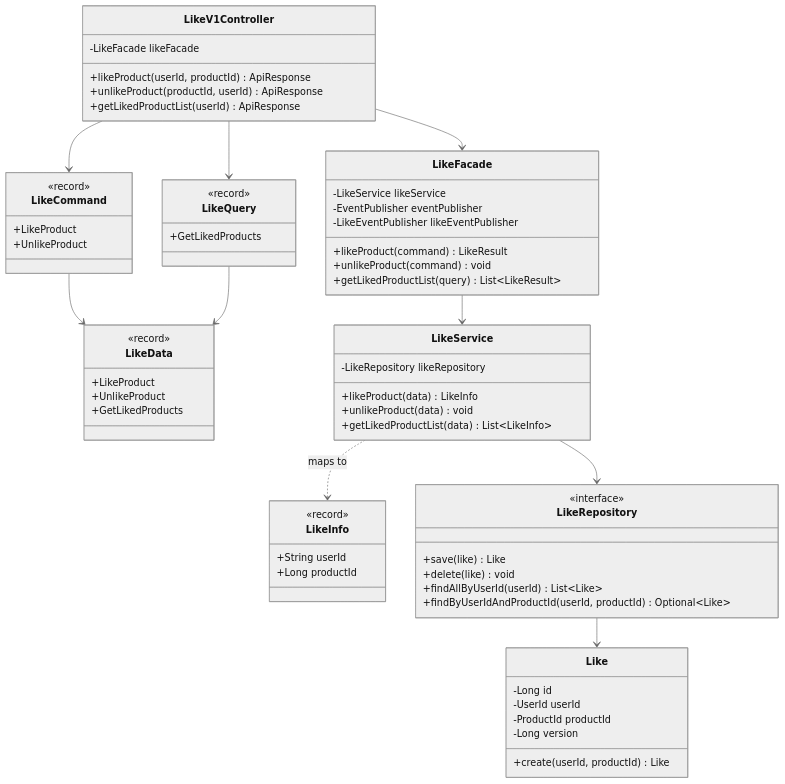
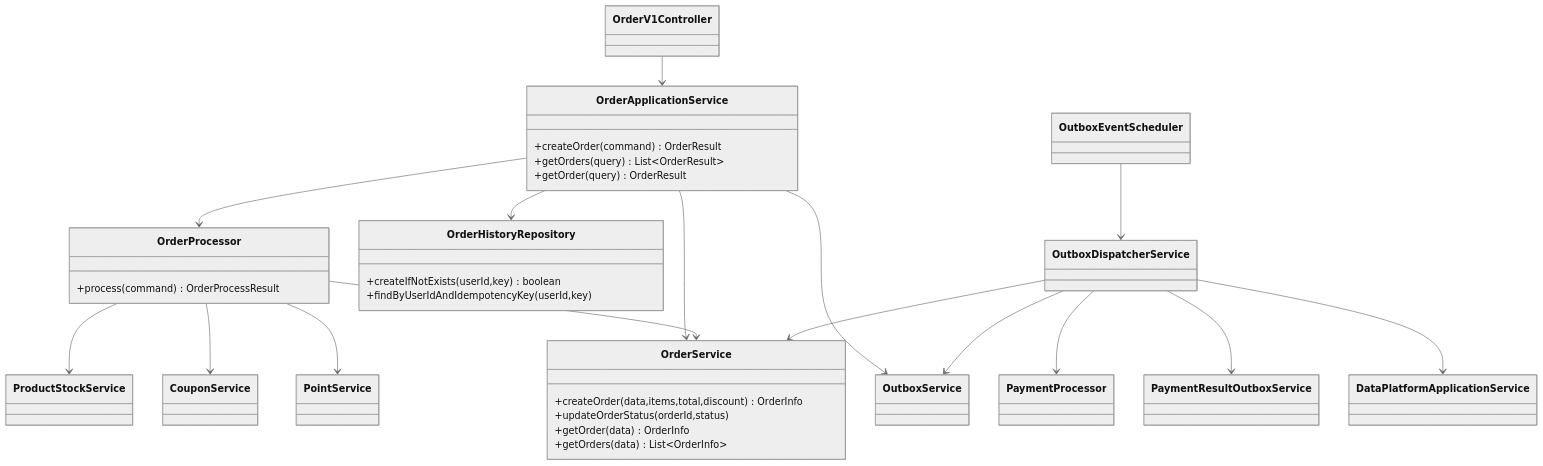
One commit to yht0827/my-commerce changed the fourth of 6 diagrams in docs/03-class-diagrams.md. Above: the diagram before and after it, drawn with Mermaid (neutral theme). The commit also changed other lines of this file and 258 other files, not shown here.

````diff
--- a/docs/03-class-diagrams.md
+++ b/docs/03-class-diagrams.md
@@ -304,75 +149,45 @@
 ```mermaid
 classDiagram
-    class LikeV1Controller {
-        -LikeFacade likeFacade
-        +likeProduct(userId, productId) ApiResponse
-        +unlikeProduct(productId, userId) ApiResponse
-        +getLikedProductList(userId) ApiResponse
+    direction TB
+
+    class OrderV1Controller
+    class OrderApplicationService {
+        +createOrder(command) OrderResult
+        +getOrders(query) List~OrderResult~
+        +getOrder(query) OrderResult
     }
+    class OrderProcessor {
+        +process(command) OrderProcessResult
+    }
+    class OrderService {
+        +createOrder(data,items,total,discount) OrderInfo
+        +updateOrderStatus(orderId,status)
+        +getOrder(data) OrderInfo
+        +getOrders(data) List~OrderInfo~
+    }
+    class OrderHistoryRepository {
+        +createIfNotExists(userId,key) boolean
+        +findByUserIdAndIdempotencyKey(userId,key)
+    }
+    class OutboxService
+    class OutboxDispatcherService
+    class OutboxEventScheduler
 
-    class LikeFacade {
-        -LikeService likeService
-        -EventPublisher eventPublisher
-        -LikeEventPublisher likeEventPublisher
-        +likeProduct(command) LikeResult
-        +unlikeProduct(command) void
-        +getLikedProductList(query) List~LikeResult~
-    }
+    OrderV1Controller --> OrderApplicationService
+    OrderApplicationService --> OrderHistoryRepository
+    OrderApplicationService --> OrderProcessor
+    OrderApplicationService --> OrderService
+    OrderApplicationService --> OutboxService
 
-    class LikeCommand {
-        <<record>>
-        +LikeProduct
-        +UnlikeProduct
-    }
+    OrderProcessor --> ProductStockService
+    OrderProcessor --> CouponService
+    OrderProcessor --> PointService
+    OrderProcessor --> OrderService
 
-    class LikeQuery {
-        <<record>>
-        +GetLikedProducts
-    }
-
-    class LikeData {
-        <<record>>
-        +LikeProduct
-        +UnlikeProduct
-        +GetLikedProducts
-    }
-
-    class LikeService {
-        -LikeRepository likeRepository
-        +likeProduct(data) LikeInfo
-        +unlikeProduct(data) void
-        +getLikedProductList(data) List~LikeInfo~
-    }
-
-    class LikeInfo {
-        <<record>>
-        +String userId
-        +Long productId
-    }
-
-    class LikeRepository {
-        <<interface>>
-        +save(like) Like
-        +delete(like) void
-        +findAllByUserId(userId) List~Like~
-        +findByUserIdAndProductId(userId, productId) Optional~Like~
-    }
-
-    class Like {
-        -Long id
-        -UserId userId
-        -ProductId productId
-        -Long version
-        +create(userId, productId) Like
-    }
-
-    LikeV1Controller --> LikeFacade
-    LikeV1Controller --> LikeCommand
-    LikeV1Controller --> LikeQuery
-    LikeFacade --> LikeService
-    LikeCommand --> LikeData
-    LikeQuery --> LikeData
-    LikeService --> LikeRepository
-    LikeService ..> LikeInfo : maps to
-    LikeRepository --> Like
+    OutboxEventScheduler --> OutboxDispatcherService
+    OutboxDispatcherService --> OutboxService
+    OutboxDispatcherService --> PaymentProcessor
+    OutboxDispatcherService --> PaymentResultOutboxService
+    OutboxDispatcherService --> OrderService
+    OutboxDispatcherService --> DataPlatformApplicationService
 ```
````
